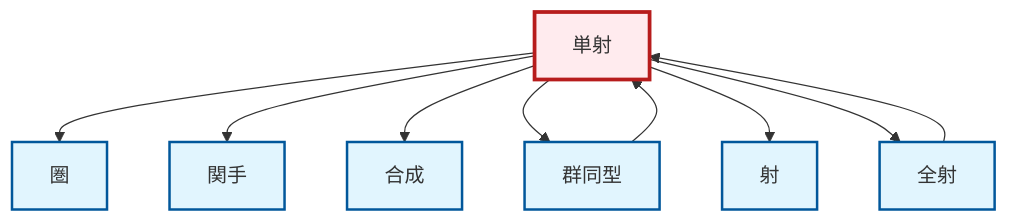
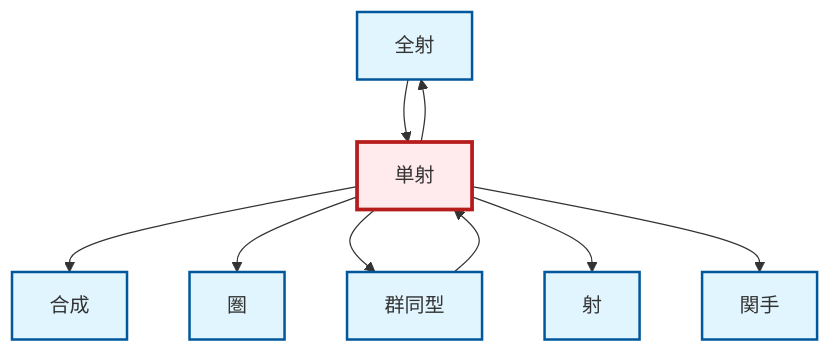
The diagram in output/mermaid/ja/def-monomorphism.mermaid (RK0429/ModernMath), drawn with Mermaid before and after one commit. The commit also changed other lines of this file and 3114 other files, not shown here.

```diff
--- a/output/mermaid/ja/def-monomorphism.mermaid
+++ b/output/mermaid/ja/def-monomorphism.mermaid
@@ -1,22 +1,22 @@
 graph TD
     classDef definition fill:#e1f5fe,stroke:#01579b,stroke-width:2px
     classDef theorem fill:#f3e5f5,stroke:#4a148c,stroke-width:2px
     classDef axiom fill:#fff3e0,stroke:#e65100,stroke-width:2px
     classDef example fill:#e8f5e9,stroke:#1b5e20,stroke-width:2px
     classDef current fill:#ffebee,stroke:#b71c1c,stroke-width:3px
+    def-category["圏"]:::definition
     def-composition["合成"]:::definition
+    def-epimorphism["全射"]:::definition
     def-functor["関手"]:::definition
+    def-isomorphism["群同型"]:::definition
+    def-morphism["射"]:::definition
     def-monomorphism["単射"]:::definition
-    def-isomorphism["群同型"]:::definition
-    def-category["圏"]:::definition
-    def-epimorphism["全射"]:::definition
-    def-morphism["射"]:::definition
+    def-monomorphism --> def-composition
     def-monomorphism --> def-category
-    def-monomorphism --> def-functor
-    def-monomorphism --> def-composition
+    def-monomorphism --> def-isomorphism
+    def-monomorphism --> def-epimorphism
     def-isomorphism --> def-monomorphism
-    def-monomorphism --> def-isomorphism
     def-epimorphism --> def-monomorphism
     def-monomorphism --> def-morphism
-    def-monomorphism --> def-epimorphism
+    def-monomorphism --> def-functor
     class def-monomorphism current
```
